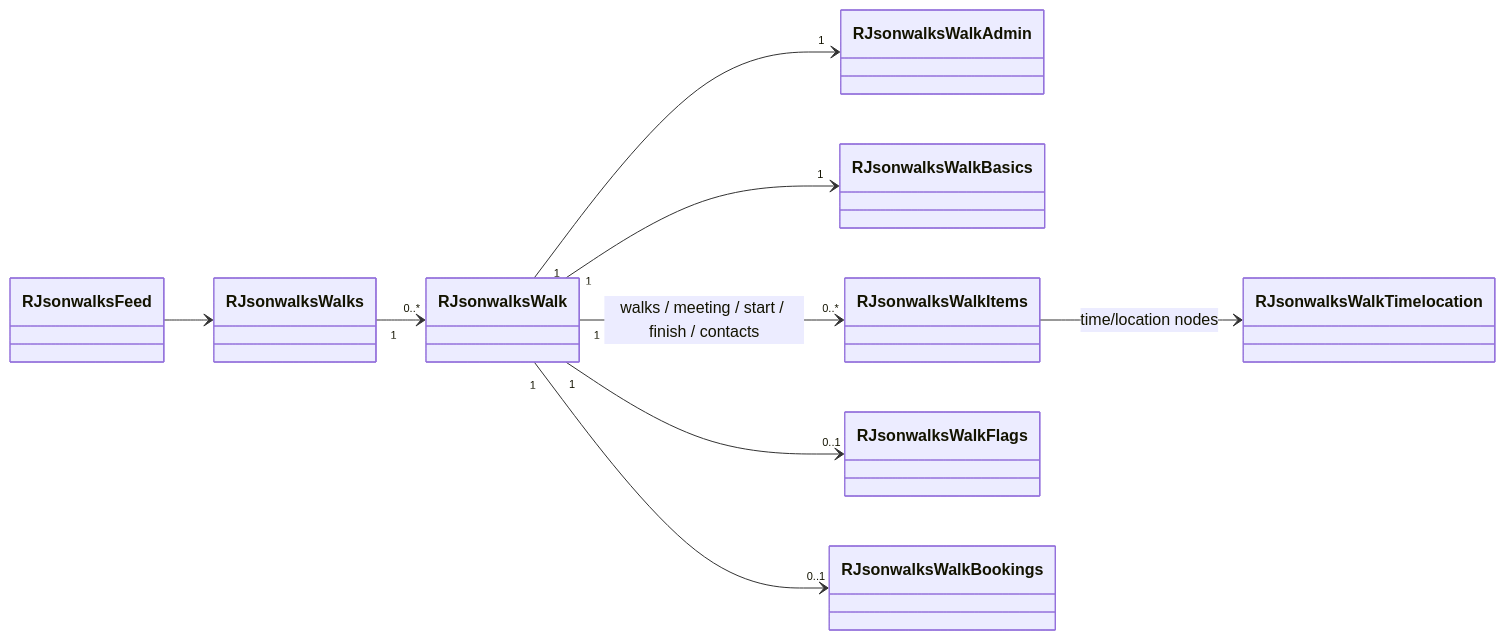
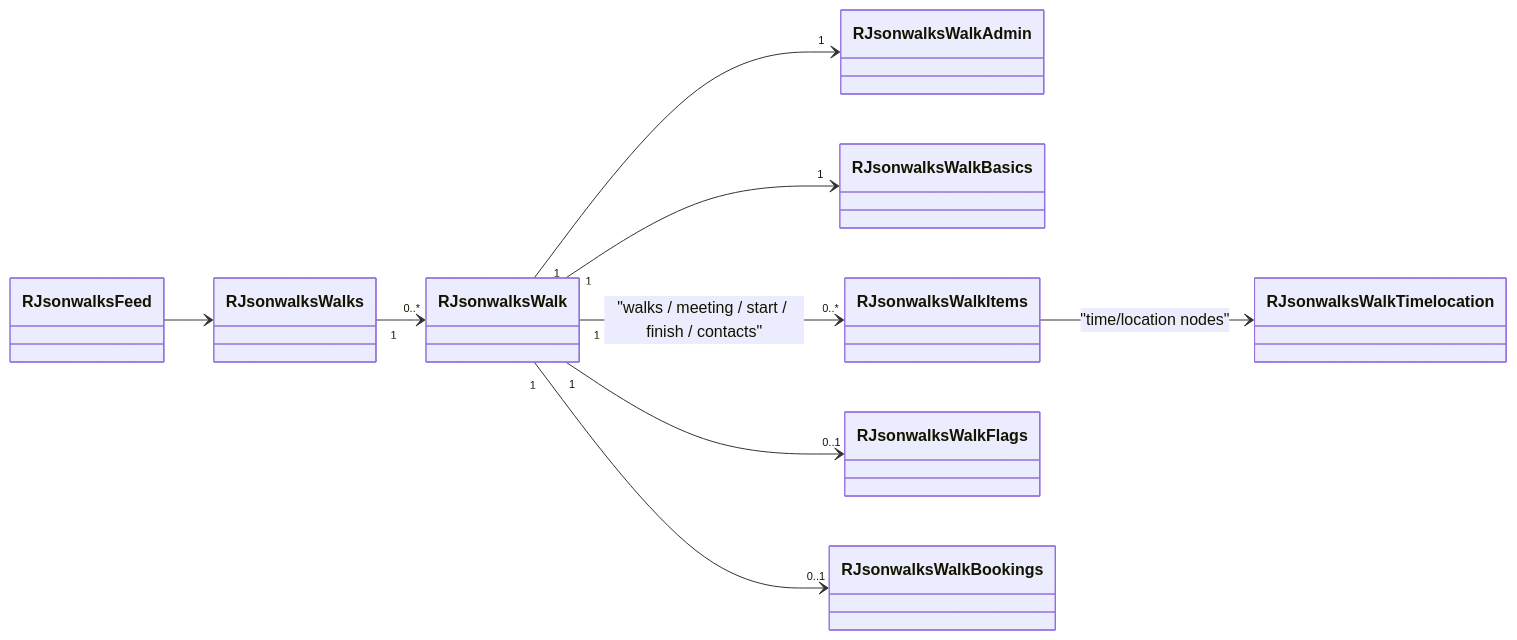
The tenth of 15 diagrams in architecture.md (pauljrhodes/ramblers-library), drawn with Mermaid before and after one commit. The commit also changed other lines of this file and 33 other files, not shown here.

Commit message:
Normalize Mermaid diagrams for GitHub rendering

````diff
--- a/architecture.md
+++ b/architecture.md
@@ -691,24 +691,24 @@
 ```mermaid
 classDiagram
 direction LR
 
 class RJsonwalksFeed
 class RJsonwalksWalks
 class RJsonwalksWalk
 class RJsonwalksWalkAdmin
 class RJsonwalksWalkBasics
 class RJsonwalksWalkItems
 class RJsonwalksWalkTimelocation
 class RJsonwalksWalkFlags
 class RJsonwalksWalkBookings
 
 RJsonwalksFeed --> RJsonwalksWalks
 RJsonwalksWalks "1" --> "0..*" RJsonwalksWalk
 
 RJsonwalksWalk "1" --> "1" RJsonwalksWalkAdmin
 RJsonwalksWalk "1" --> "1" RJsonwalksWalkBasics
-RJsonwalksWalk "1" --> "0..*" RJsonwalksWalkItems : walks / meeting / start / finish / contacts
-RJsonwalksWalkItems --> RJsonwalksWalkTimelocation : time/location nodes
+RJsonwalksWalk "1" --> "0..*" RJsonwalksWalkItems : "walks / meeting / start / finish / contacts"
+RJsonwalksWalkItems --> RJsonwalksWalkTimelocation : "time/location nodes"
 RJsonwalksWalk "1" --> "0..1" RJsonwalksWalkFlags
 RJsonwalksWalk "1" --> "0..1" RJsonwalksWalkBookings
 ```
````
